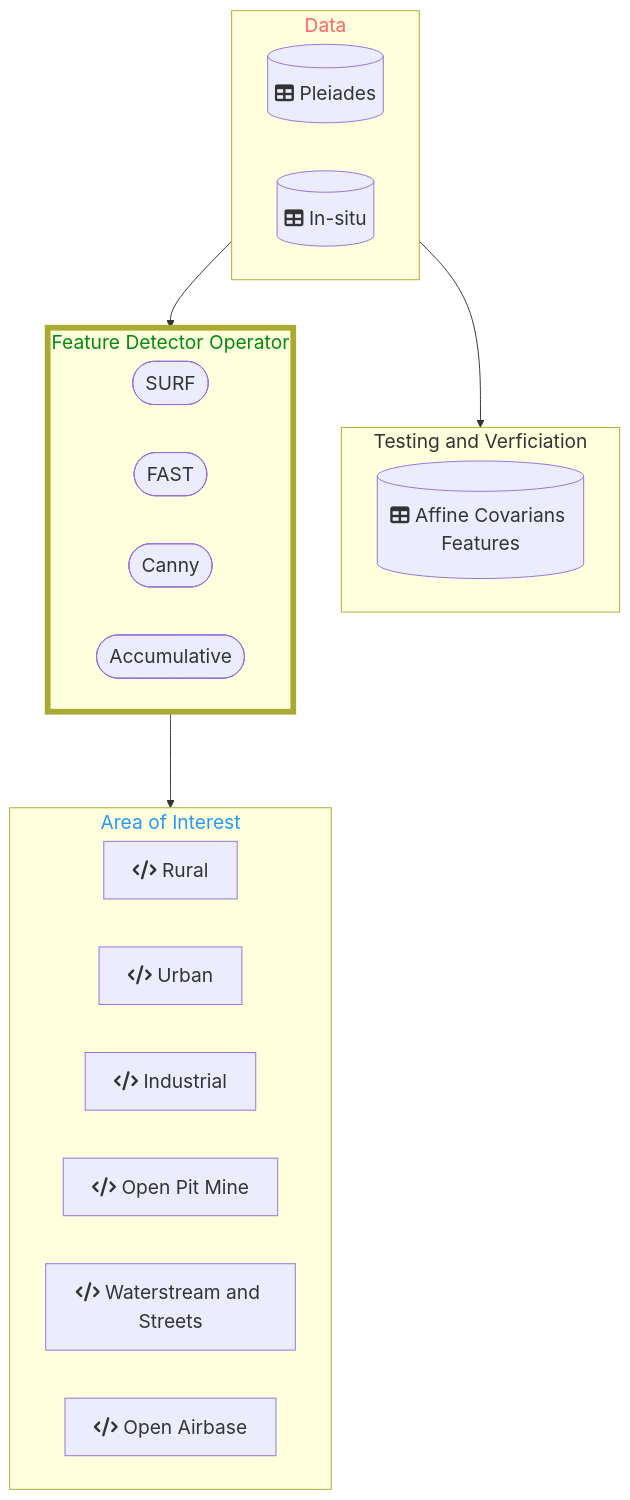
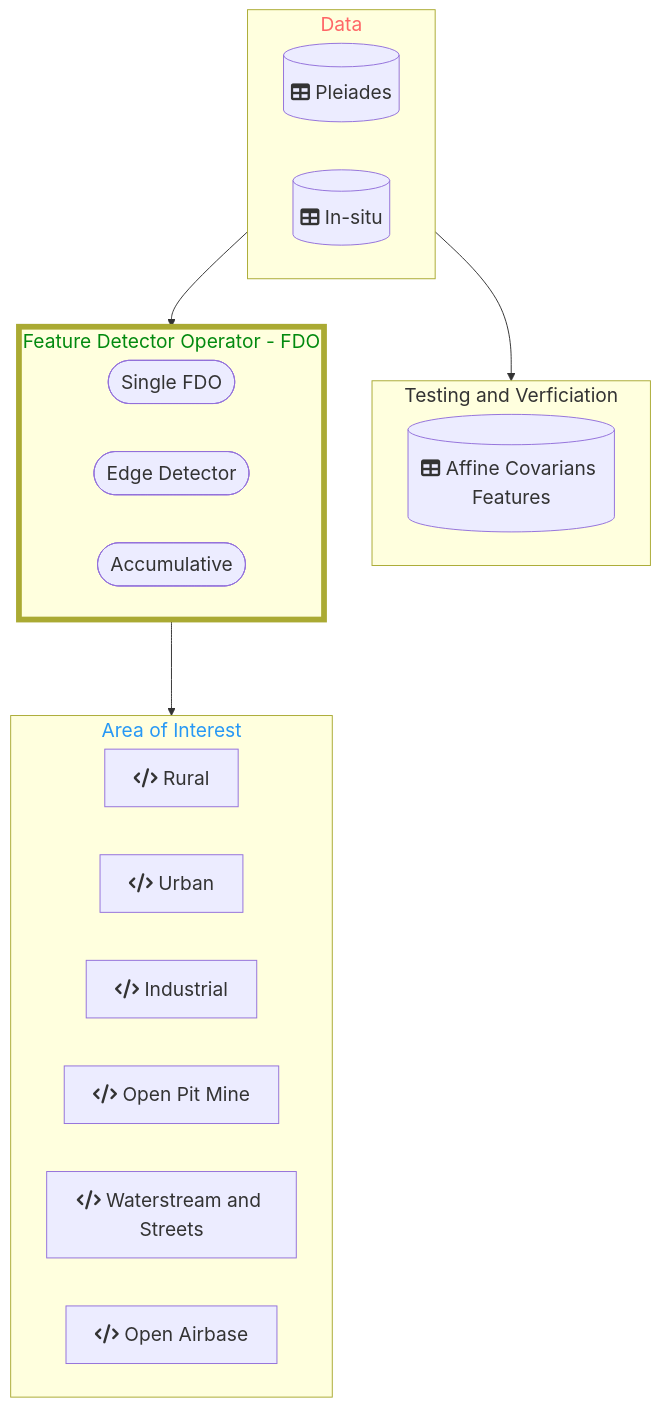
The diagram in Application/README.md (DippoldEJ/Feature-Detection-and-Explanation), drawn with Mermaid before and after one commit.

````diff
--- a/Application/README.md
+++ b/Application/README.md
@@ -13,46 +13,45 @@
 ```mermaid
 flowchart TD;
 %%{init: {
 	'themeVariables': { 'fontSize': '20px', 'fontFamily': 'Didot'}
 	}
 }%%
 
  subgraph n[Data]
         direction LR
         h[(fa:fa-table Pleiades)]
 		s[(fa:fa-table In-situ)]
     end
 
  subgraph q[Testing and Verficiation]
         direction LR
         r[(fa:fa-table Affine Covarians Features)]
     end
 
- subgraph o[Feature Detector Operator]
+ subgraph o[Feature Detector Operator - FDO]
         direction LR
-        j([SURF])
-        k([FAST])
-        l([Canny])
+        j([Single FDO])
+        k([Edge Detector])
         m([Accumulative])
     end
 
 subgraph p[Area of Interest]
     direction LR
     a[fa:fa-code Rural]
     b[fa:fa-code Urban]
     c[fa:fa-code Industrial]
     d[fa:fa-code Open Pit Mine]
     e[fa:fa-code Waterstream and Streets]
     f[fa:fa-code Open Airbase]
     end
 
 style n color:#f66
 style o stroke-width:6px
 style o color:#028A0F
 style p color:#2798F5
 
 n-->o
 o-->p
 n-->q
 
 ```
````
